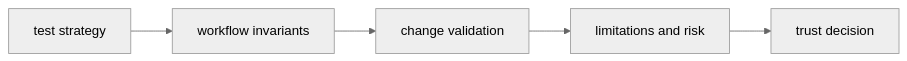
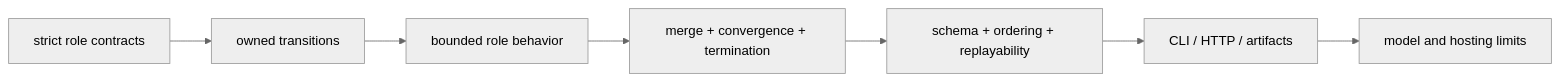
The diagram in docs/05-bijux-canon-agent/quality/index.md (bijux/bijux-canon), drawn with Mermaid (neutral theme) before and after one commit. The commit also changed other lines of this file and 2 other files, not shown here.

Commit message:
docs(agent): map workflow decisions to proof

````diff
--- a/docs/05-bijux-canon-agent/quality/index.md
+++ b/docs/05-bijux-canon-agent/quality/index.md
@@ -16,10 +18,12 @@
 ```mermaid
 flowchart LR
-    strategy["test strategy"]
-    invariants["workflow invariants"]
-    validation["change validation"]
-    limits["limitations and risk"]
-    trust["trust decision"]
+    contracts["strict role contracts"]
+    lifecycle["owned transitions"]
+    roles["bounded role behavior"]
+    outcome["merge + convergence + termination"]
+    trace["schema + ordering + replayability"]
+    boundary["CLI / HTTP / artifacts"]
+    limits["model and hosting limits"]
 
-    strategy --> invariants --> validation --> limits --> trust
+    contracts --> lifecycle --> roles --> outcome --> trace --> boundary --> limits
 ```
````
